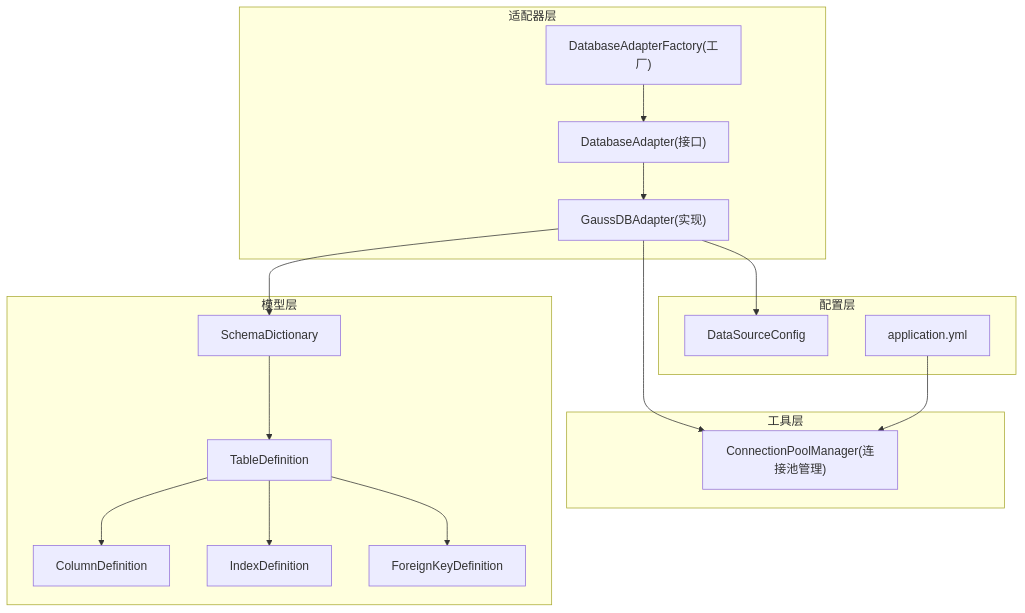
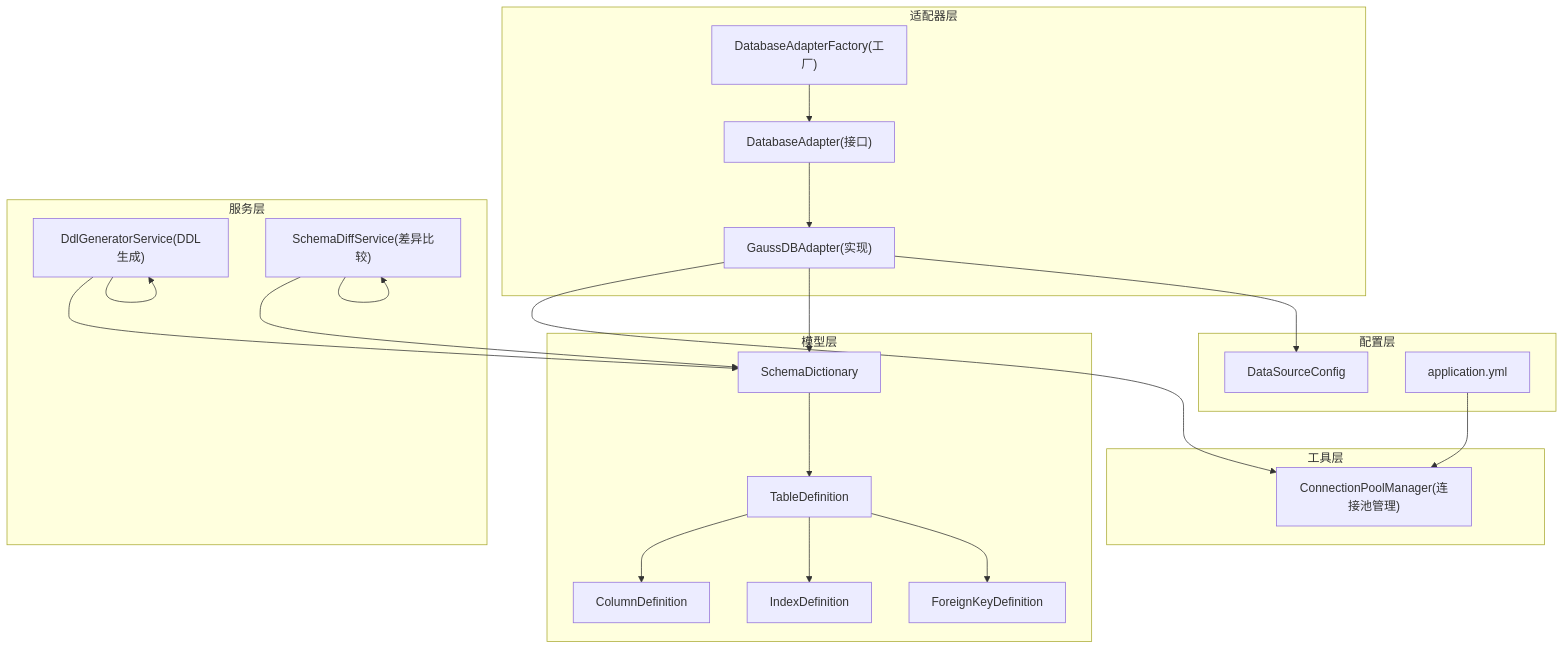
The first of 10 diagrams in .qoder/repowiki/zh/content/数据库适配器/数据库适配器实现/GaussDB适配器实现.md (SamLing-Why/SchemaSync), drawn with Mermaid before and after one commit. The commit also changed other lines of this file and 32 other files, not shown here.

````diff
--- a/.qoder/repowiki/zh/content/数据库适配器/数据库适配器实现/GaussDB适配器实现.md
+++ b/.qoder/repowiki/zh/content/数据库适配器/数据库适配器实现/GaussDB适配器实现.md
@@ -40,32 +52,40 @@
 ```mermaid
 graph TB
 subgraph "适配器层"
 DA["DatabaseAdapter(接口)"]
 GA["GaussDBAdapter(实现)"]
 DAF["DatabaseAdapterFactory(工厂)"]
+end
+subgraph "服务层"
+DGS["DdlGeneratorService(DDL生成)"]
+SDS["SchemaDiffService(差异比较)"]
 end
 subgraph "工具层"
 CPM["ConnectionPoolManager(连接池管理)"]
 end
 subgraph "模型层"
 SD["SchemaDictionary"]
 TD["TableDefinition"]
 CD["ColumnDefinition"]
 ID["IndexDefinition"]
 FK["ForeignKeyDefinition"]
 end
 subgraph "配置层"
 DC["DataSourceConfig"]
 APPYML["application.yml"]
 end
 DAF --> DA
 DA --> GA
 GA --> CPM
 GA --> SD
 SD --> TD
 TD --> CD
 TD --> ID
 TD --> FK
 GA --> DC
 APPYML --> CPM
+DGS --> SD
+SDS --> SD
+DGS --> DGS
+SDS --> SDS
 ```
````
